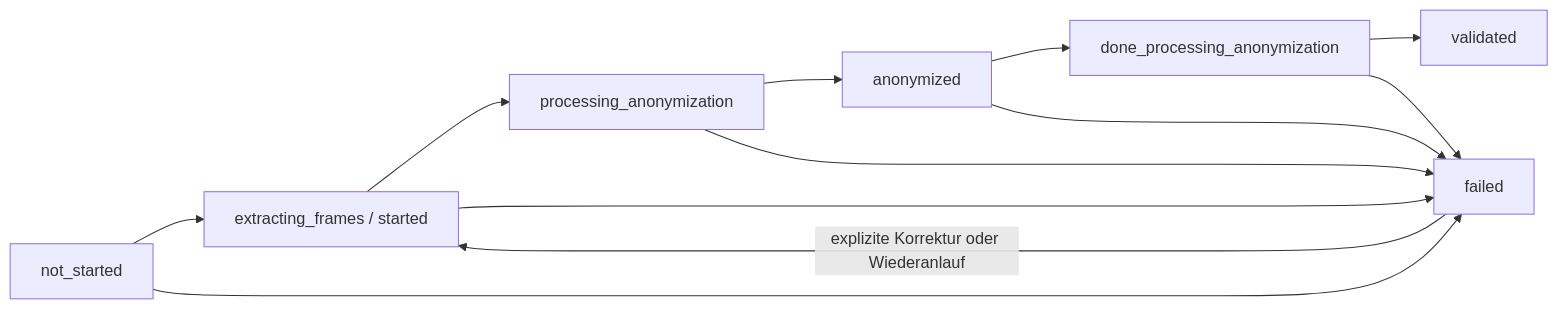
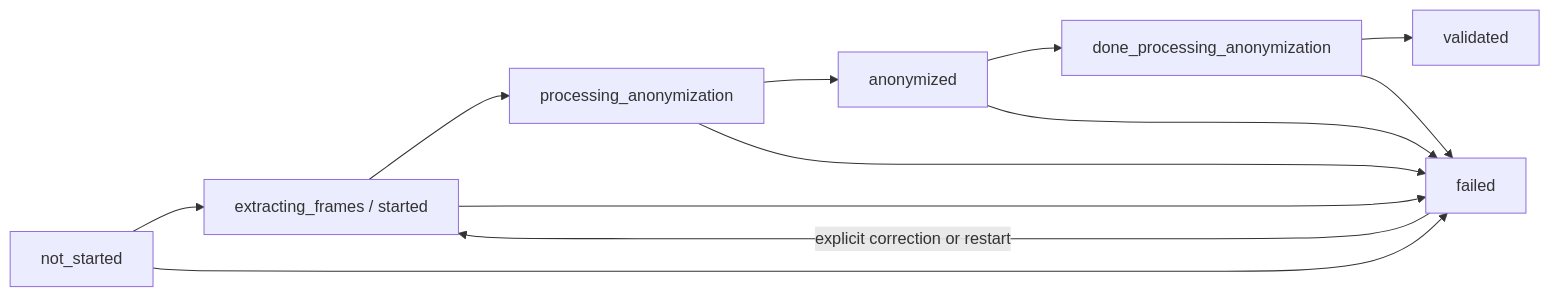
One commit to wg-lux/endoreg-db changed the diagram in docs/anonymization_contract.md. Above: the diagram before and after it, drawn with Mermaid. The commit also changed other lines of this file and 107 other files, not shown here.

````diff
--- a/docs/anonymization_contract.md
+++ b/docs/anonymization_contract.md
@@ -45,10 +44,10 @@
 ```mermaid
 flowchart LR
   A[not_started] --> B[extracting_frames / started]
   B --> C[processing_anonymization]
   C --> D[anonymized]
   D --> E[done_processing_anonymization]
   E --> F[validated]
   A & B & C & D & E --> X[failed]
-  X -->|explizite Korrektur oder Wiederanlauf| B
+  X -->|explicit correction or restart| B
 ```
````
